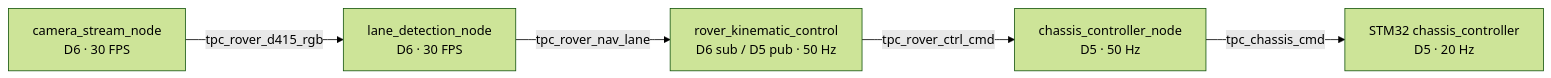
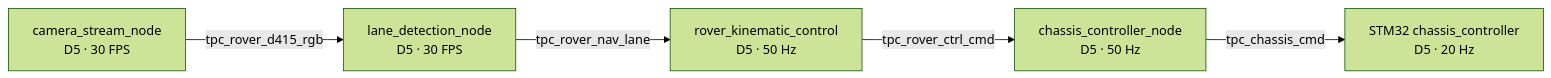
Before and after one commit to RoboticsGG/almondmatcha: the second of 3 diagrams in docs/ARCHITECTURE.md, drawn with Mermaid (forest theme). The commit also changed other lines of this file and 6 other files, not shown here.

````diff
--- a/docs/ARCHITECTURE.md
+++ b/docs/ARCHITECTURE.md
@@ -140,7 +149,7 @@
 ```mermaid
 flowchart LR
-    CAM["camera_stream_node\nD6 · 30 FPS"] -->|tpc_rover_d415_rgb| LANE["lane_detection_node\nD6 · 30 FPS"]
-    LANE -->|tpc_rover_nav_lane| CTRL["rover_kinematic_control\nD6 sub / D5 pub · 50 Hz"]
+    CAM["camera_stream_node\nD5 · 30 FPS"] -->|tpc_rover_d415_rgb| LANE["lane_detection_node\nD5 · 30 FPS"]
+    LANE -->|tpc_rover_nav_lane| CTRL["rover_kinematic_control\nD5 · 50 Hz"]
     CTRL -->|tpc_rover_ctrl_cmd| CC["chassis_controller_node\nD5 · 50 Hz"]
     CC -->|tpc_chassis_cmd| MTR["STM32 chassis_controller\nD5 · 20 Hz"]
 ```
````
